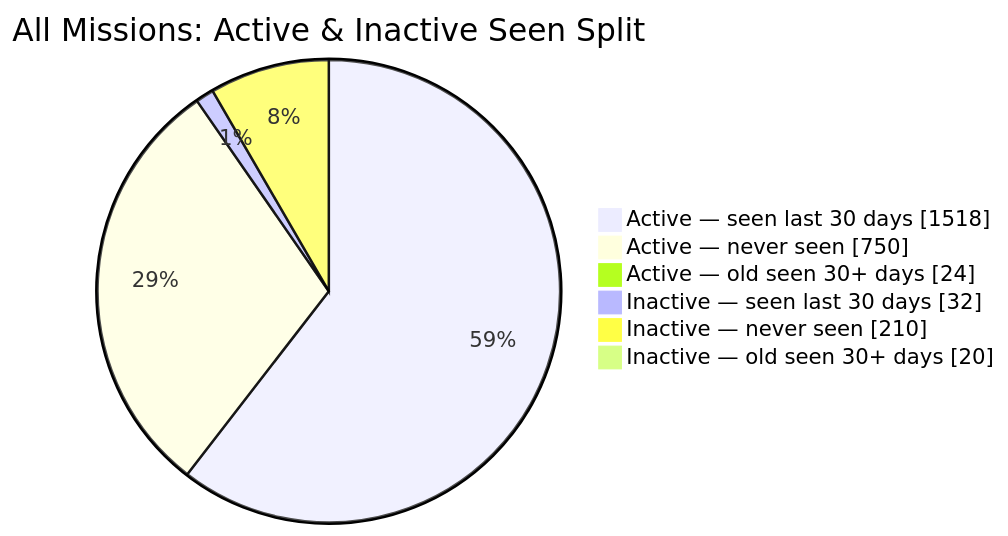
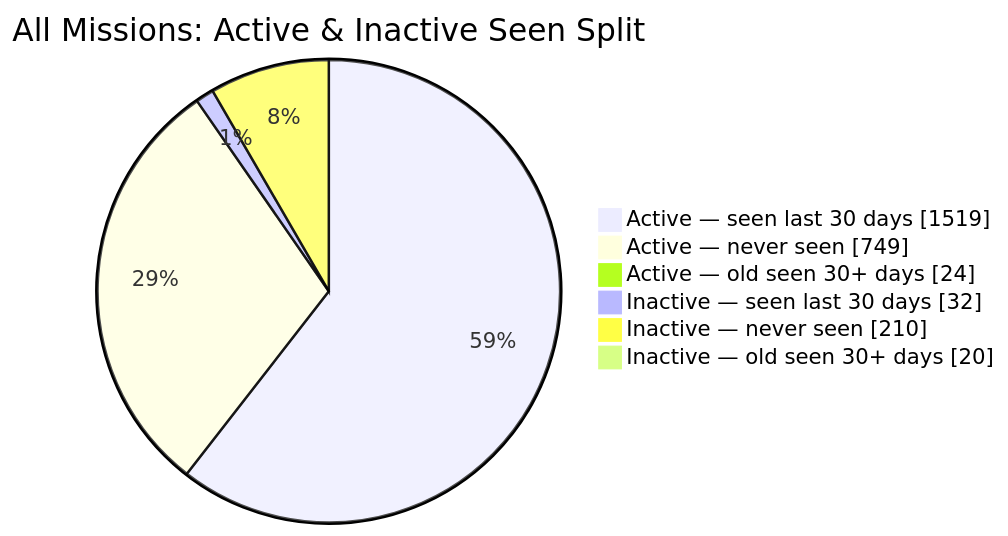
Before and after one commit to MeldkamerspelGameTeam/active-missions: the second of 2 diagrams in README.md, drawn with Mermaid. The commit also changed other lines of this file and 2 other files, not shown here.

````diff
--- a/README.md
+++ b/README.md
@@ -44,10 +44,10 @@
 ```mermaid
 pie showData
     title All Missions: Active & Inactive Seen Split
-    "Active — seen last 30 days" : 1518
-    "Active — never seen" : 750
+    "Active — seen last 30 days" : 1519
+    "Active — never seen" : 749
     "Active — old seen 30+ days" : 24
     "Inactive — seen last 30 days" : 32
     "Inactive — never seen" : 210
     "Inactive — old seen 30+ days" : 20
 ```
````
